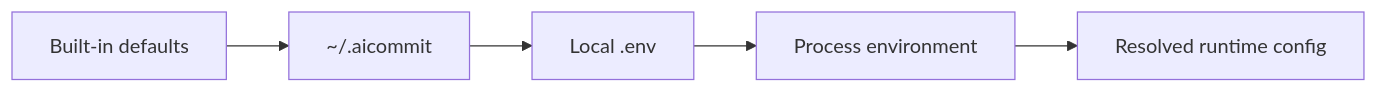
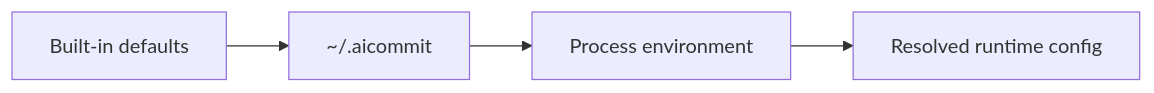
The diagram in docs/configuration.md (russmckendrick/aicommit), drawn with Mermaid before and after one commit. The commit also changed other lines of this file and 6 other files, not shown here.

````diff
--- a/docs/configuration.md
+++ b/docs/configuration.md
@@ -10,7 +9,6 @@
 ```mermaid
 flowchart LR
     Defaults["Built-in defaults"] --> Global["~/.aicommit"]
-    Global --> Local["Local .env"]
-    Local --> Env["Process environment"]
+    Global --> Env["Process environment"]
     Env --> Runtime["Resolved runtime config"]
 ```
````
